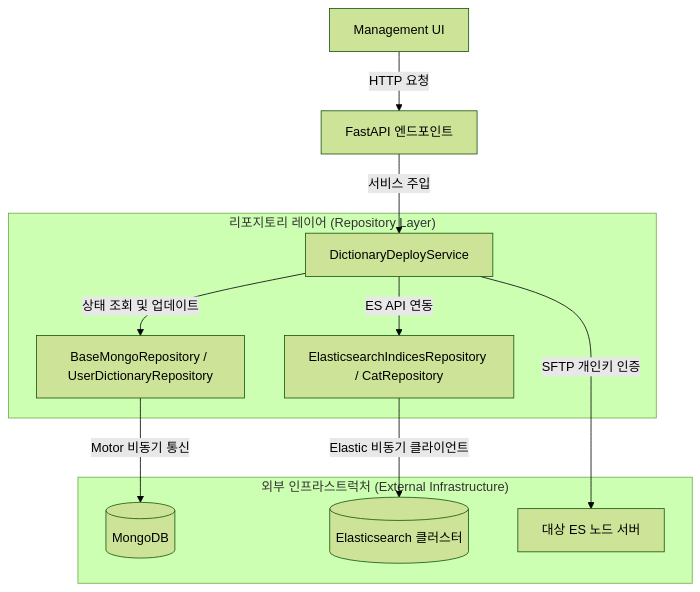
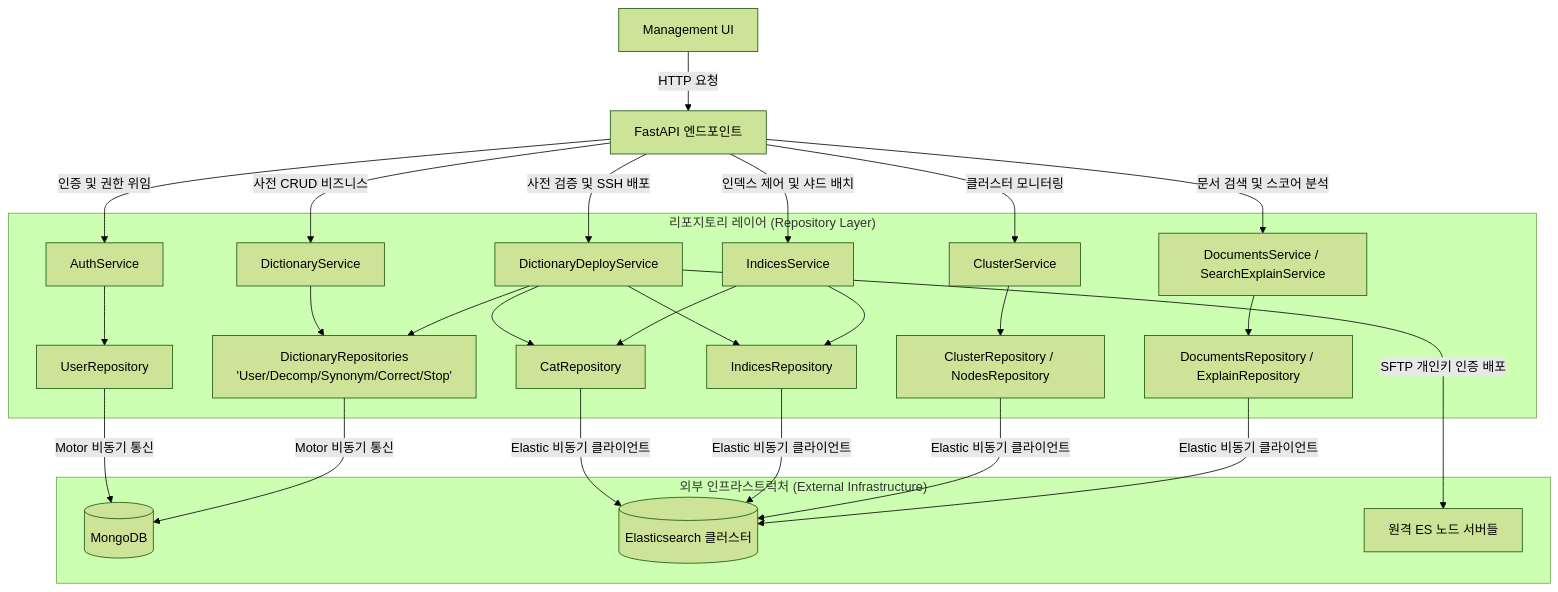
The diagram in README.md (HYS1753/elasticsearch-management-tool-api), drawn with Mermaid (forest theme) before and after one commit.

Commit message:
docs: readme 내용 보강

````diff
--- a/README.md
+++ b/README.md
@@ -16,16 +16,37 @@
 ```mermaid
 graph TD
     UI[Management UI] -->|HTTP 요청| API[FastAPI 엔드포인트]
-    API -->|서비스 주입| DDS[DictionaryDeployService]
     
+    API -->|인증 및 권한 위임| AuthS[AuthService]
+    API -->|사전 CRUD 비즈니스| DictS[DictionaryService]
+    API -->|사전 검증 및 SSH 배포| DeployS[DictionaryDeployService]
+    API -->|클러스터 모니터링| ClusterS[ClusterService]
+    API -->|인덱스 제어 및 샤드 배치| IndexS[IndicesService]
+    API -->|문서 검색 및 스코어 분석| DocS[DocumentsService / SearchExplainService]
+
     subgraph rep_layer ["리포지토리 레이어 (Repository Layer)"]
-        DDS -->|상태 조회 및 업데이트| M_Repo[BaseMongoRepository / UserDictionaryRepository]
-        DDS -->|ES API 연동| ES_Repo[ElasticsearchIndicesRepository / CatRepository]
+        AuthS --> UserRepo[UserRepository]
+        DictS --> DictRepos[DictionaryRepositories<br/>'User/Decomp/Synonym/Correct/Stop']
+        
+        DeployS --> DictRepos
+        DeployS --> CatRepo[CatRepository]
+        DeployS --> IndicesRepo[IndicesRepository]
+        
+        ClusterS --> ClusterRepo[ClusterRepository / NodesRepository]
+        IndexS --> IndicesRepo
+        IndexS --> CatRepo
+        DocS --> DocRepo[DocumentsRepository / ExplainRepository]
     end
 
     subgraph ext_infra ["외부 인프라스트럭처 (External Infrastructure)"]
-        M_Repo -->|Motor 비동기 통신| Mongo[(MongoDB)]
-        ES_Repo -->|Elastic 비동기 클라이언트| ES[(Elasticsearch 클러스터)]
-        DDS -->|SFTP 개인키 인증| Nodes[대상 ES 노드 서버]
+        UserRepo -->|Motor 비동기 통신| Mongo[(MongoDB)]
+        DictRepos -->|Motor 비동기 통신| Mongo
+        
+        CatRepo -->|Elastic 비동기 클라이언트| ES[(Elasticsearch 클러스터)]
+        IndicesRepo -->|Elastic 비동기 클라이언트| ES
+        ClusterRepo -->|Elastic 비동기 클라이언트| ES
+        DocRepo -->|Elastic 비동기 클라이언트| ES
+        
+        DeployS -->|SFTP 개인키 인증 배포| Nodes[원격 ES 노드 서버들]
     end
 ```
````
